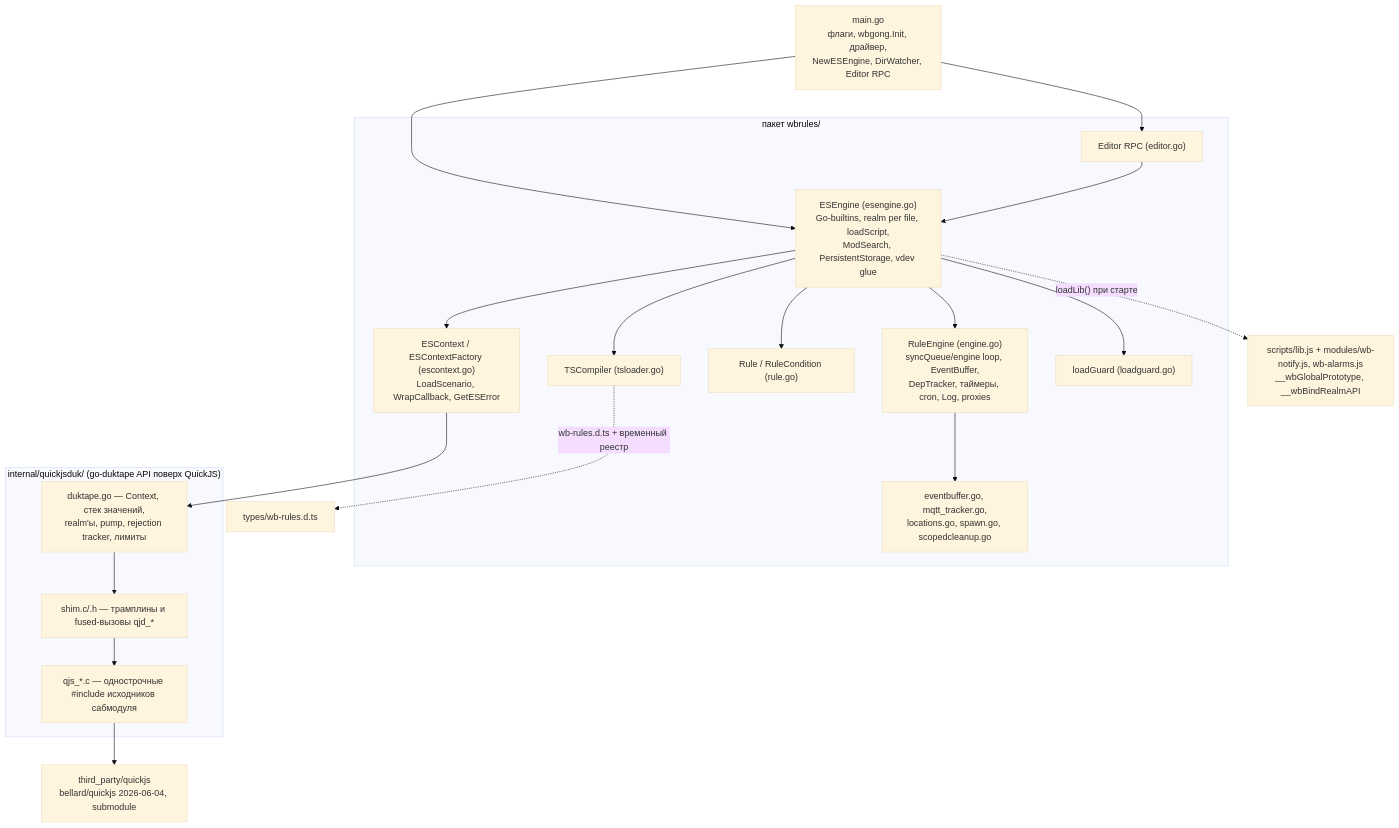
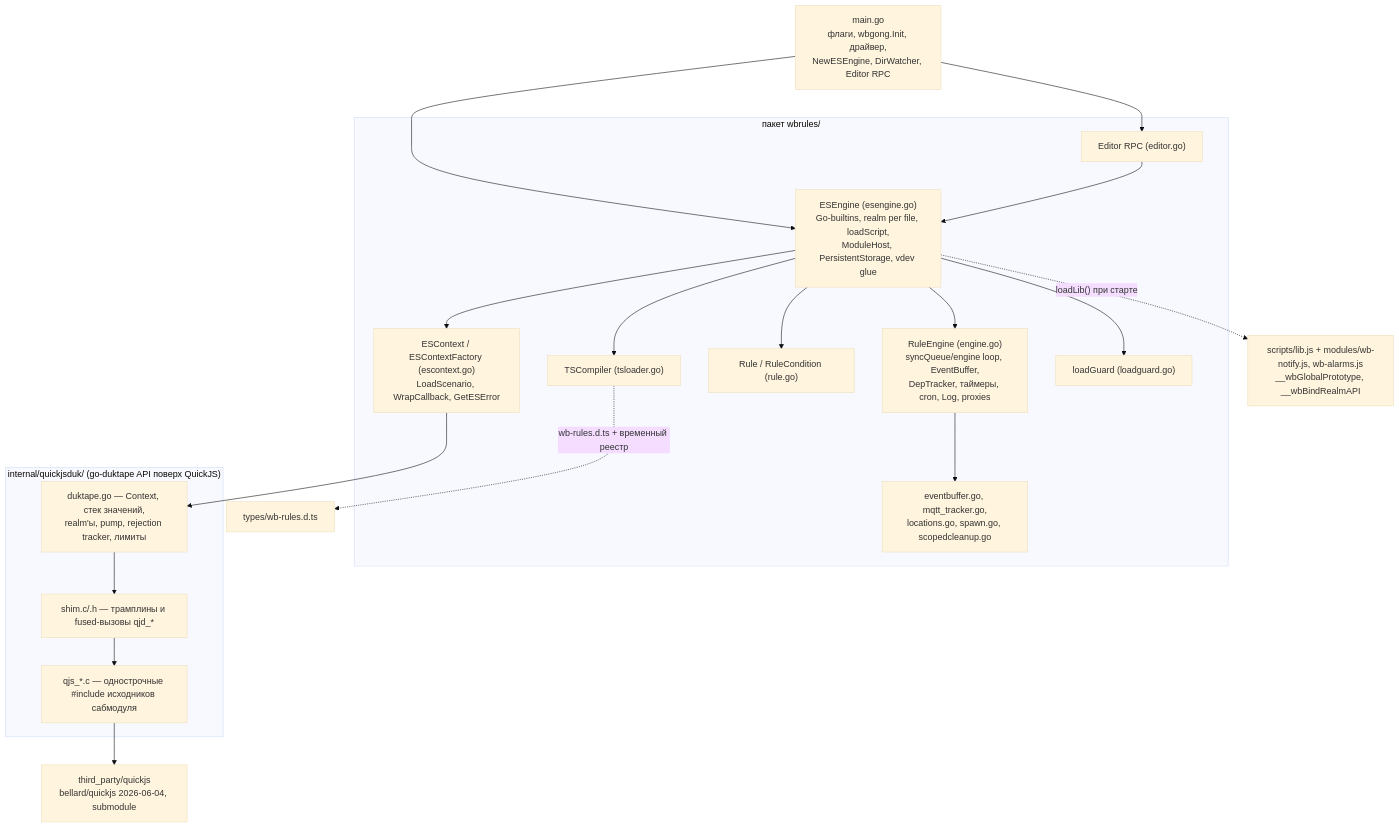
The second of 4 diagrams in docs/arc42/05-building-blocks.md (wirenboard/wb-rules), drawn with Mermaid (base theme) before and after one commit. The commit also changed other lines of this file and 9 other files, not shown here.

````diff
--- a/docs/arc42/05-building-blocks.md
+++ b/docs/arc42/05-building-blocks.md
@@ -43,35 +43,35 @@
 ```mermaid
 graph TD
     MAIN["main.go<br/>флаги, wbgong.Init, драйвер,<br/>NewESEngine, DirWatcher, Editor RPC"]
     subgraph wbrules["пакет wbrules/"]
         RE["RuleEngine (engine.go)<br/>syncQueue/engine loop, EventBuffer,<br/>DepTracker, таймеры, cron, Log, proxies"]
-        ESE["ESEngine (esengine.go)<br/>Go-builtins, realm per file, loadScript,<br/>ModSearch, PersistentStorage, vdev glue"]
+        ESE["ESEngine (esengine.go)<br/>Go-builtins, realm per file, loadScript,<br/>ModuleHost, PersistentStorage, vdev glue"]
         ESC["ESContext / ESContextFactory (escontext.go)<br/>LoadScenario, WrapCallback, GetESError"]
         RULE["Rule / RuleCondition (rule.go)"]
         ED["Editor RPC (editor.go)"]
         TSL["TSCompiler (tsloader.go)"]
         LG["loadGuard (loadguard.go)"]
         MISC["eventbuffer.go, mqtt_tracker.go,<br/>locations.go, spawn.go, scopedcleanup.go"]
     end
     subgraph shim["internal/quickjsduk/ (go-duktape API поверх QuickJS)"]
         DUK["duktape.go — Context, стек значений,<br/>realm'ы, pump, rejection tracker, лимиты"]
         SHIM["shim.c/.h — трамплины и fused-вызовы qjd_*"]
         QJSW["qjs_*.c — однострочные #35;include исходников сабмодуля"]
     end
     QJS["third_party/quickjs<br/>bellard/quickjs 2026-06-04, submodule"]
     LIBJS["scripts/lib.js + modules/wb-notify.js, wb-alarms.js<br/>__wbGlobalPrototype, __wbBindRealmAPI"]
     DTS["types/wb-rules.d.ts"]
     MAIN --> ESE
     MAIN --> ED
     ESE --> RE
     ESE --> ESC
     ESE --> RULE
     ESE --> TSL
     ESE --> LG
     RE --> MISC
     ESC --> DUK
     DUK --> SHIM --> QJSW --> QJS
     ESE -. "loadLib() при старте" .-> LIBJS
     TSL -. "wb-rules.d.ts + временный реестр" .-> DTS
     ED --> ESE
 ```
````
